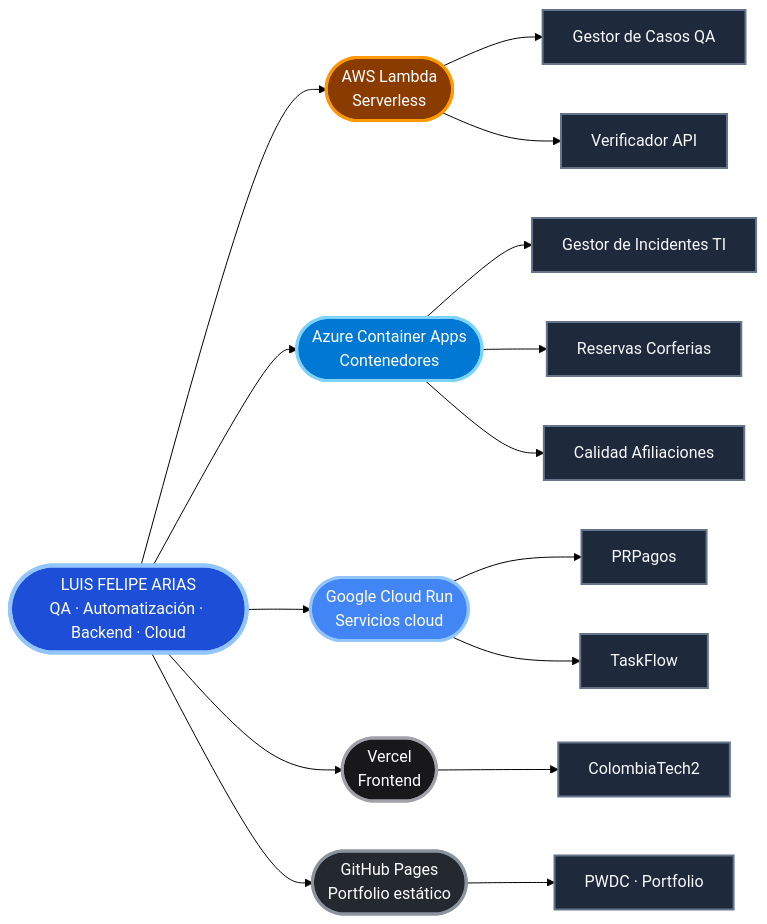
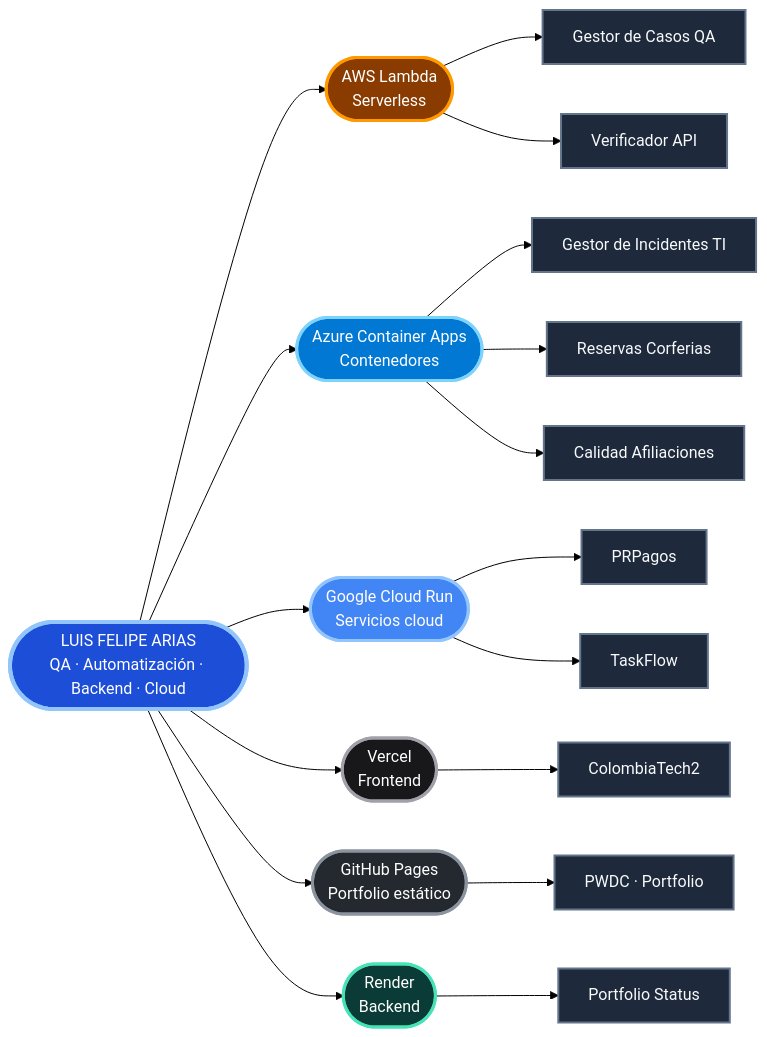
One commit to lariasca1994/lariasca1994 changed the diagram in README.md. Above: the diagram before and after it, drawn with Mermaid (forest theme). The commit also changed other lines of this file, not shown here.

````diff
--- a/README.md
+++ b/README.md
@@ -63,58 +71,65 @@
 ```mermaid
 flowchart LR
     PORTFOLIO(["LUIS FELIPE ARIAS<br/>QA · Automatización · Backend · Cloud"])
 
     AWS(["AWS Lambda<br/>Serverless"])
     AZURE(["Azure Container Apps<br/>Contenedores"])
     GCP(["Google Cloud Run<br/>Servicios cloud"])
     VERCEL(["Vercel<br/>Frontend"])
     GITHUB(["GitHub Pages<br/>Portfolio estático"])
+    RENDER(["Render<br/>Backend"])
 
     QA["Gestor de Casos QA"]
     VERIFY["Verificador API"]
 
     INCIDENTES["Gestor de Incidentes TI"]
     RESERVAS["Reservas Corferias"]
     AFILIACIONES["Calidad Afiliaciones"]
 
     PAGOS["PRPagos"]
     TASKFLOW["TaskFlow"]
 
     COLOMBIA["ColombiaTech2"]
     PWDC["PWDC · Portfolio"]
 
+    STATUS["Portfolio Status"]
+
     PORTFOLIO --> AWS
     PORTFOLIO --> AZURE
     PORTFOLIO --> GCP
     PORTFOLIO --> VERCEL
     PORTFOLIO --> GITHUB
+    PORTFOLIO --> RENDER
 
     AWS --> QA
     AWS --> VERIFY
 
     AZURE --> INCIDENTES
     AZURE --> RESERVAS
     AZURE --> AFILIACIONES
 
     GCP --> PAGOS
     GCP --> TASKFLOW
 
     VERCEL --> COLOMBIA
     GITHUB --> PWDC
+    RENDER --> STATUS
 
     classDef portfolio fill:#1D4ED8,stroke:#93C5FD,color:#FFFFFF,stroke-width:4px;
     classDef aws fill:#8A3B00,stroke:#FF9900,color:#FFFFFF,stroke-width:3px;
     classDef azure fill:#0078D4,stroke:#7DD3FC,color:#FFFFFF,stroke-width:3px;
     classDef gcp fill:#4285F4,stroke:#93C5FD,color:#FFFFFF,stroke-width:3px;
     classDef vercel fill:#18181B,stroke:#A1A1AA,color:#FFFFFF,stroke-width:3px;
     classDef github fill:#24292F,stroke:#8B949E,color:#FFFFFF,stroke-width:3px;
+    classDef render fill:#0B3B36,stroke:#46E3B7,color:#FFFFFF,stroke-width:3px;
     classDef project fill:#1E293B,stroke:#64748B,color:#F8FAFC,stroke-width:2px;
 
     class PORTFOLIO portfolio;
     class AWS aws;
     class AZURE azure;
     class GCP gcp;
     class VERCEL vercel;
     class GITHUB github;
-    class QA,VERIFY,INCIDENTES,RESERVAS,AFILIACIONES,PAGOS,TASKFLOW,COLOMBIA,PWDC project;
+    class RENDER render;
+    class QA,VERIFY,INCIDENTES,RESERVAS,AFILIACIONES,PAGOS,TASKFLOW,COLOMBIA,PWDC,STATUS project;
 ```
````
